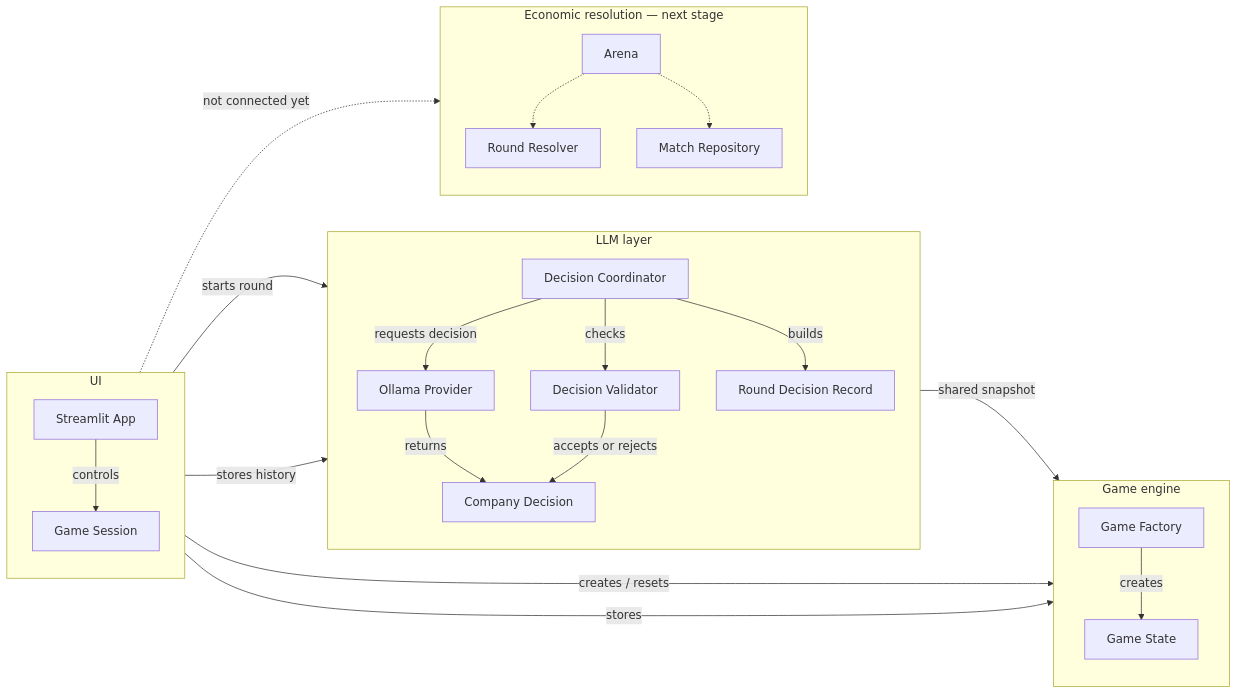
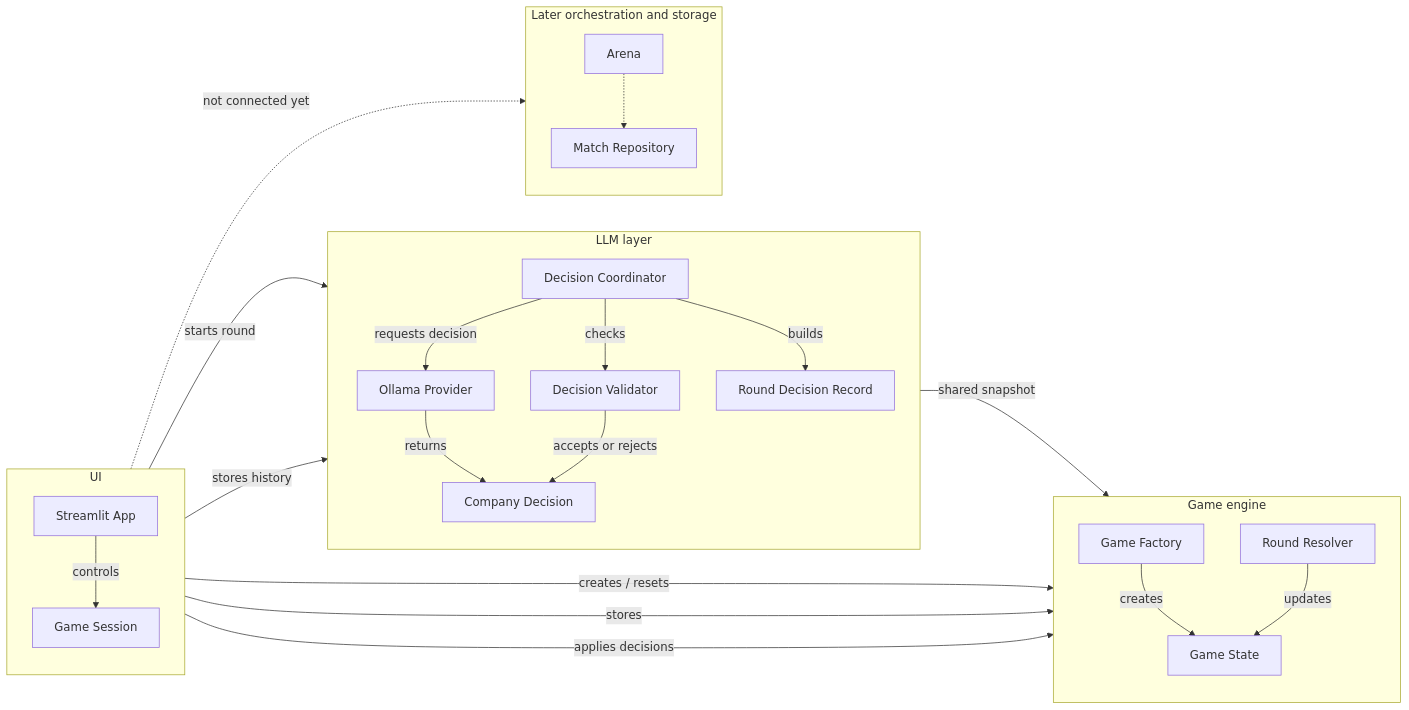
Before and after one commit to atugurlan/llm-startup-arena: the third of 4 diagrams in README.md, drawn with Mermaid. The commit also changed other lines of this file and 7 other files, not shown here.

````diff
--- a/README.md
+++ b/README.md
@@ -108,48 +146,49 @@
 ```mermaid
 flowchart LR
     subgraph Interface["UI"]
         direction TB
         App["Streamlit App"]
         Session["Game Session"]
     end
 
     subgraph Game["Game engine"]
         direction TB
         Factory["Game Factory"]
+        Resolver["Round Resolver"]
         State["Game State"]
     end
 
     subgraph Intelligence["LLM layer"]
         direction TB
         Coordinator["Decision Coordinator"]
         Ollama["Ollama Provider"]
         Validator["Decision Validator"]
         Decision["Company Decision"]
         Record["Round Decision Record"]
     end
 
-    subgraph Future["Economic resolution — next stage"]
+    subgraph Future["Later orchestration and storage"]
         direction TB
         Arena["Arena"]
-        Resolver["Round Resolver"]
         Repository["Match Repository"]
     end
 
     App -->|controls| Session
     App -->|starts round| Coordinator
     Session -->|creates / resets| Factory
     Session -->|stores| State
     Factory -->|creates| State
+    Session -->|applies decisions| Resolver
+    Resolver -->|updates| State
 
     Coordinator -->|shared snapshot| State
     Coordinator -->|requests decision| Ollama
     Ollama -->|returns| Decision
     Coordinator -->|checks| Validator
     Validator -->|accepts or rejects| Decision
     Coordinator -->|builds| Record
     Session -->|stores history| Record
 
     App -.->|not connected yet| Arena
-    Arena -.-> Resolver
     Arena -.-> Repository
 ```
````
